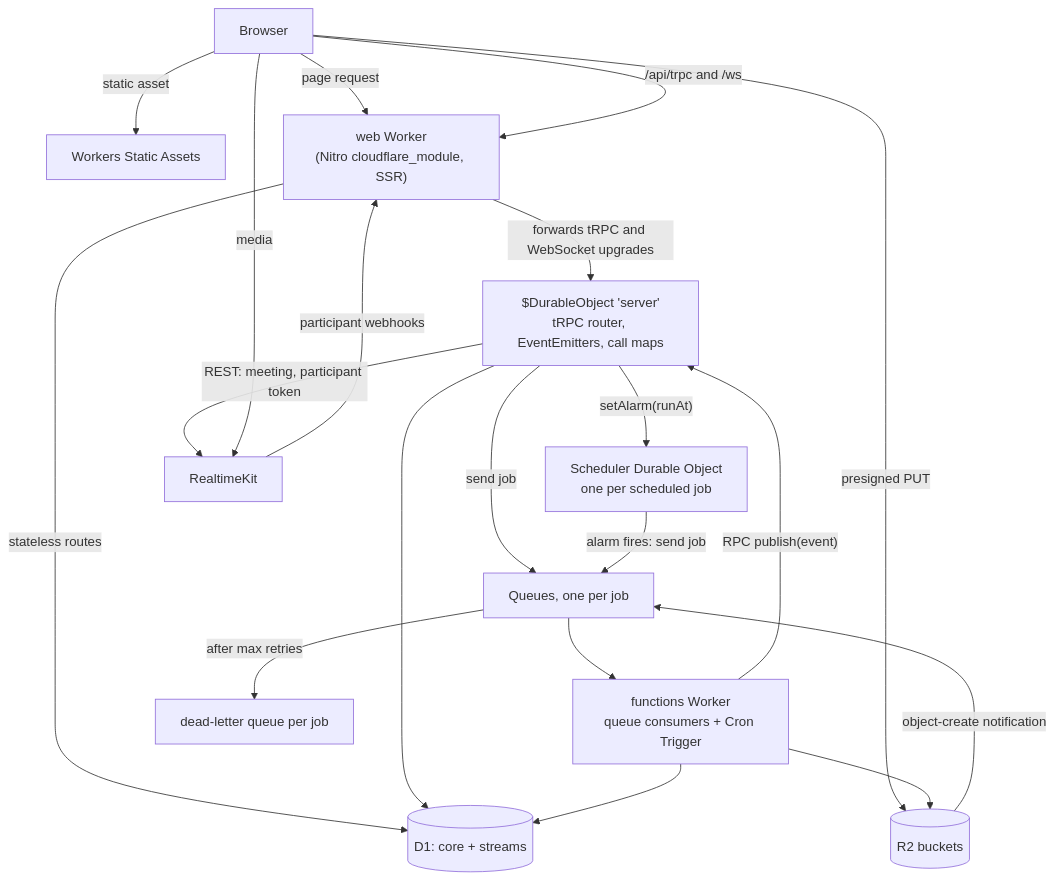
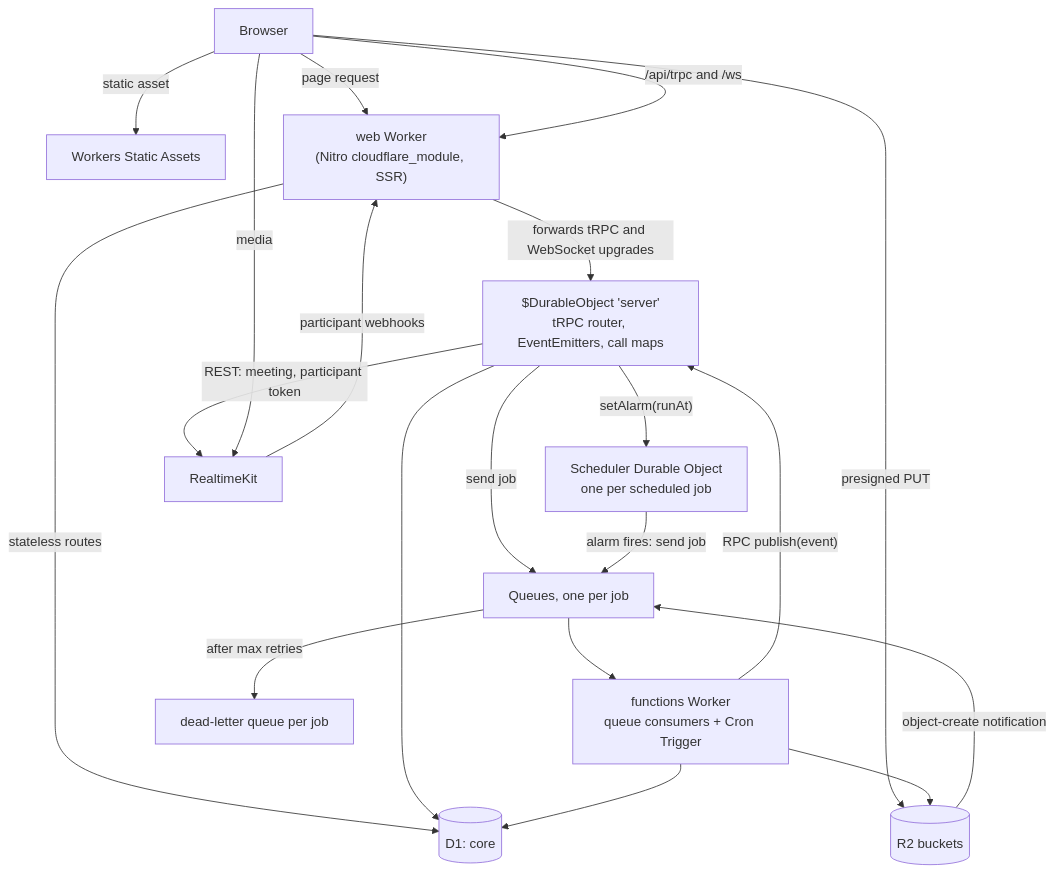
The diagram in openspec/changes/infra-cloudflare-program/design.md (Esposter/Esposter), drawn with Mermaid before and after one commit. The commit also changed other lines of this file and 4 other files, not shown here.

````diff
--- a/openspec/changes/infra-cloudflare-program/design.md
+++ b/openspec/changes/infra-cloudflare-program/design.md
@@ -7,22 +7,22 @@
 ```mermaid
 flowchart TD
   B["Browser"] -->|"static asset"| ASSETS["Workers Static Assets"]
   B -->|"page request"| W["web Worker<br/>(Nitro cloudflare_module, SSR)"]
   B -->|"/api/trpc and /ws"| W
   W -->|"forwards tRPC and WebSocket upgrades"| DO["$DurableObject 'server'<br/>tRPC router, EventEmitters, call maps"]
-  W -->|"stateless routes"| D1[("D1: core + streams")]
+  W -->|"stateless routes"| D1[("D1: core")]
   DO --> D1
   DO -->|"send job"| Q["Queues, one per job"]
   DO -->|"setAlarm(runAt)"| SCH["Scheduler Durable Object<br/>one per scheduled job"]
   SCH -->|"alarm fires: send job"| Q
   Q --> F["functions Worker<br/>queue consumers + Cron Trigger"]
   F --> D1
   F -->|"RPC publish(event)"| DO
   B -->|"presigned PUT"| R2[("R2 buckets")]
   R2 -->|"object-create notification"| Q
   F --> R2
   DO -->|"REST: meeting, participant token"| RTK["RealtimeKit"]
   RTK -->|"participant webhooks"| W
   B -->|"media"| RTK
   Q -->|"after max retries"| DLQ["dead-letter queue per job"]
 ```
````
